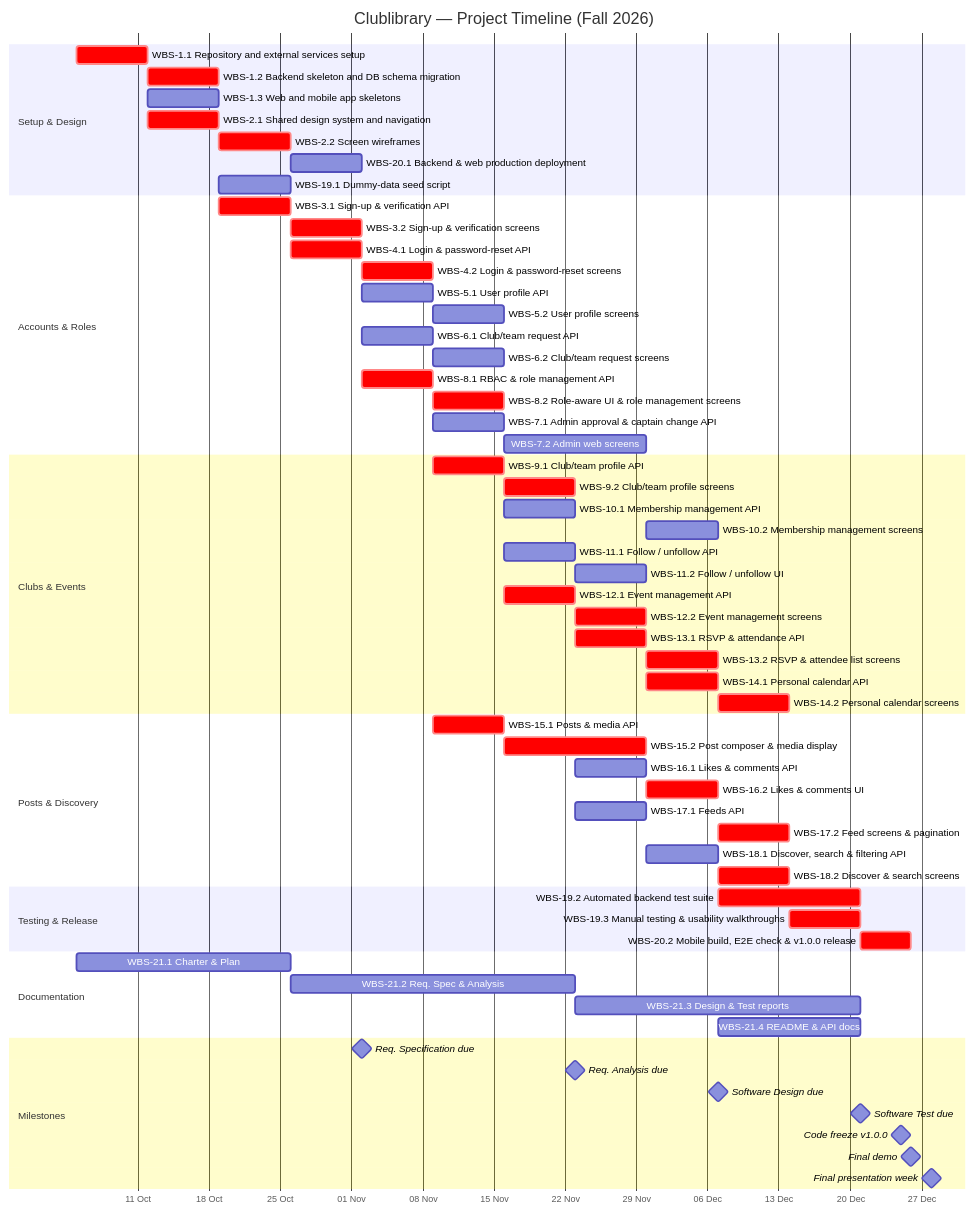
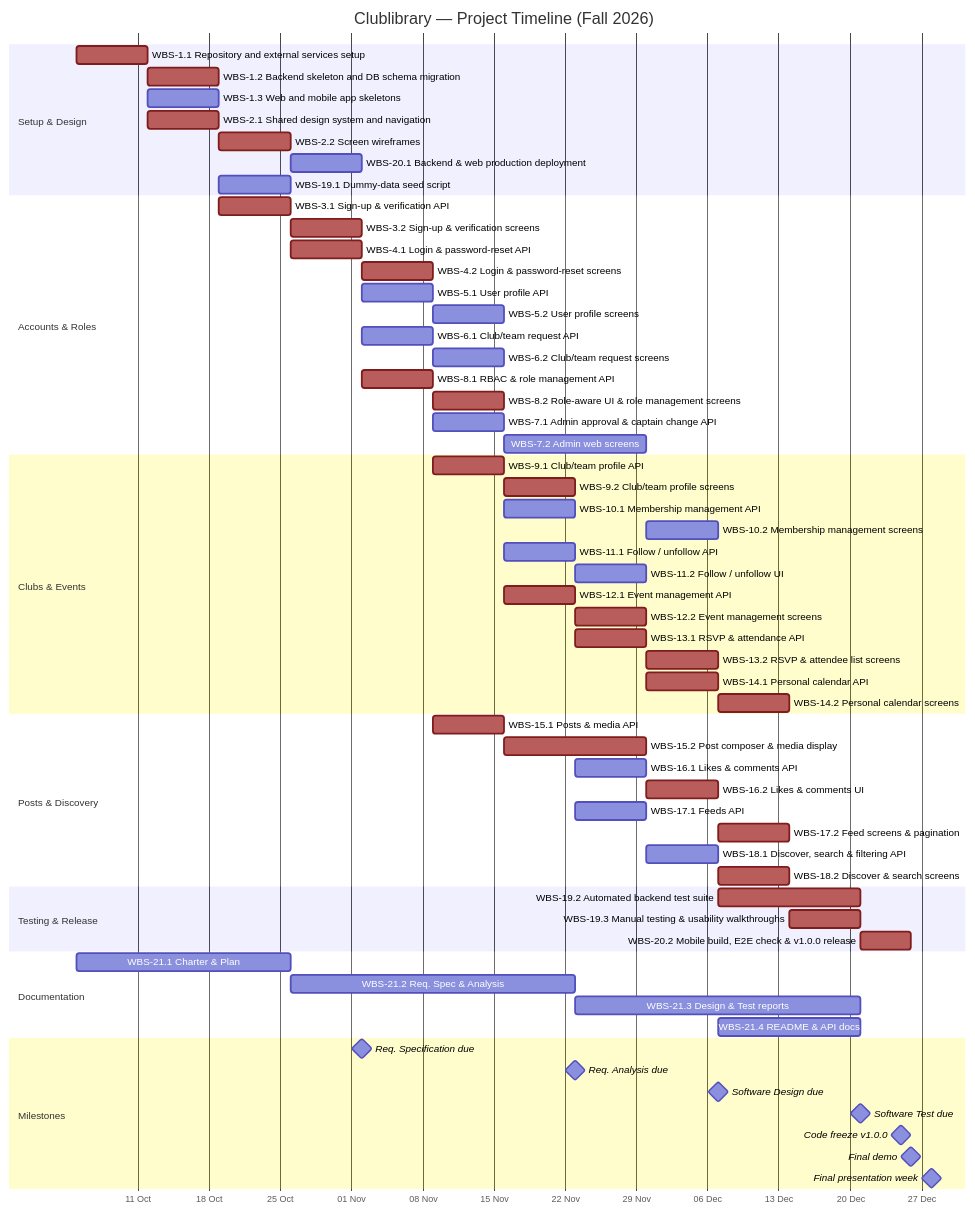
Before and after one commit to Kartupo/clublibrary: the second of 2 diagrams in docs/ProjectPlan.md, drawn with Mermaid. The commit also changed other lines of this file, not shown here.

Commit message:
Improve diagram readability

````diff
--- a/docs/ProjectPlan.md
+++ b/docs/ProjectPlan.md
@@ -550,73 +550,74 @@
 ```mermaid
+%%{init: {'themeVariables': {'critBkgColor': '#b85c5c', 'critBorderColor': '#7f1d1d'}}}%%
 gantt
     title Clublibrary — Project Timeline (Fall 2026)
     dateFormat YYYY-MM-DD
     axisFormat %d %b
 
     section Setup & Design
     WBS-1.1 Repository and external services setup :crit, t1_1, 2026-10-05, 7d
     WBS-1.2 Backend skeleton and DB schema migration :crit, t1_2, 2026-10-12, 7d
     WBS-1.3 Web and mobile app skeletons :t1_3, 2026-10-12, 7d
     WBS-2.1 Shared design system and navigation :crit, t2_1, 2026-10-12, 7d
     WBS-2.2 Screen wireframes :crit, t2_2, 2026-10-19, 7d
     WBS-20.1 Backend & web production deployment :t20_1, 2026-10-26, 7d
     WBS-19.1 Dummy-data seed script :t19_1, 2026-10-19, 7d
 
     section Accounts & Roles
     WBS-3.1 Sign-up & verification API :crit, t3_1, 2026-10-19, 7d
     WBS-3.2 Sign-up & verification screens :crit, t3_2, 2026-10-26, 7d
     WBS-4.1 Login & password-reset API :crit, t4_1, 2026-10-26, 7d
     WBS-4.2 Login & password-reset screens :crit, t4_2, 2026-11-02, 7d
     WBS-5.1 User profile API :t5_1, 2026-11-02, 7d
     WBS-5.2 User profile screens :t5_2, 2026-11-09, 7d
     WBS-6.1 Club/team request API :t6_1, 2026-11-02, 7d
     WBS-6.2 Club/team request screens :t6_2, 2026-11-09, 7d
     WBS-8.1 RBAC & role management API :crit, t8_1, 2026-11-02, 7d
     WBS-8.2 Role-aware UI & role management screens :crit, t8_2, 2026-11-09, 7d
     WBS-7.1 Admin approval & captain change API :t7_1, 2026-11-09, 7d
     WBS-7.2 Admin web screens :t7_2, 2026-11-16, 14d
 
     section Clubs & Events
     WBS-9.1 Club/team profile API :crit, t9_1, 2026-11-09, 7d
     WBS-9.2 Club/team profile screens :crit, t9_2, 2026-11-16, 7d
     WBS-10.1 Membership management API :t10_1, 2026-11-16, 7d
     WBS-10.2 Membership management screens :t10_2, 2026-11-30, 7d
     WBS-11.1 Follow / unfollow API :t11_1, 2026-11-16, 7d
     WBS-11.2 Follow / unfollow UI :t11_2, 2026-11-23, 7d
     WBS-12.1 Event management API :crit, t12_1, 2026-11-16, 7d
     WBS-12.2 Event management screens :crit, t12_2, 2026-11-23, 7d
     WBS-13.1 RSVP & attendance API :crit, t13_1, 2026-11-23, 7d
     WBS-13.2 RSVP & attendee list screens :crit, t13_2, 2026-11-30, 7d
     WBS-14.1 Personal calendar API :crit, t14_1, 2026-11-30, 7d
     WBS-14.2 Personal calendar screens :crit, t14_2, 2026-12-07, 7d
 
     section Posts & Discovery
     WBS-15.1 Posts & media API :crit, t15_1, 2026-11-09, 7d
     WBS-15.2 Post composer & media display :crit, t15_2, 2026-11-16, 14d
     WBS-16.1 Likes & comments API :t16_1, 2026-11-23, 7d
     WBS-16.2 Likes & comments UI :crit, t16_2, 2026-11-30, 7d
     WBS-17.1 Feeds API :t17_1, 2026-11-23, 7d
     WBS-17.2 Feed screens & pagination :crit, t17_2, 2026-12-07, 7d
     WBS-18.1 Discover, search & filtering API :t18_1, 2026-11-30, 7d
     WBS-18.2 Discover & search screens :crit, t18_2, 2026-12-07, 7d
 
     section Testing & Release
     WBS-19.2 Automated backend test suite :crit, t19_2, 2026-12-07, 14d
     WBS-19.3 Manual testing & usability walkthroughs :crit, t19_3, 2026-12-14, 7d
     WBS-20.2 Mobile build, E2E check & v1.0.0 release :crit, t20_2, 2026-12-21, 5d
 
     section Documentation
     WBS-21.1 Charter & Plan :t21_1, 2026-10-05, 21d
     WBS-21.2 Req. Spec & Analysis :t21_2, 2026-10-26, 28d
     WBS-21.3 Design & Test reports :t21_3, 2026-11-23, 28d
     WBS-21.4 README & API docs :t21_4, 2026-12-07, 14d
 
     section Milestones
     Req. Specification due :milestone, m1, 2026-11-02, 0d
     Req. Analysis due :milestone, m2, 2026-11-23, 0d
     Software Design due :milestone, m3, 2026-12-07, 0d
     Software Test due :milestone, m4, 2026-12-21, 0d
     Code freeze v1.0.0 :milestone, m5, 2026-12-25, 0d
     Final demo :milestone, m6, 2026-12-26, 0d
     Final presentation week :milestone, m7, 2026-12-28, 0d
 ```
````
